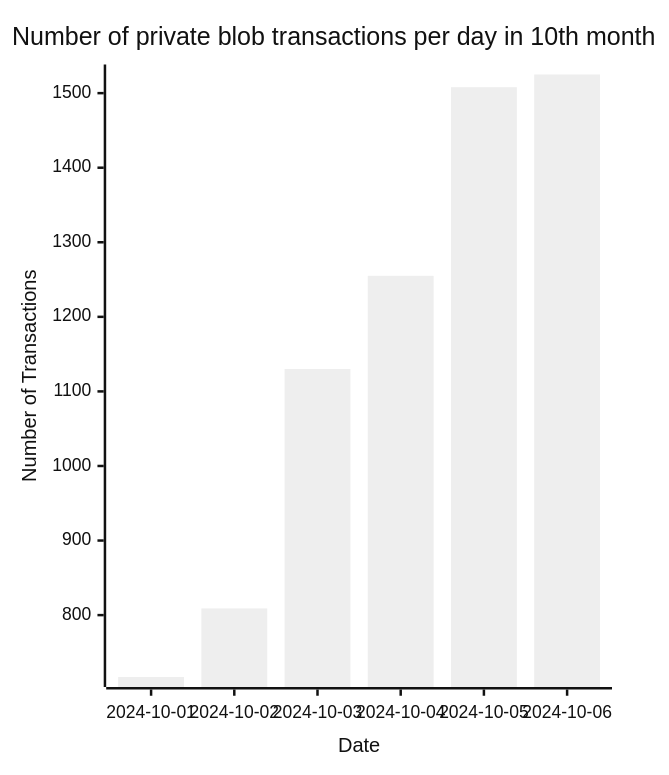
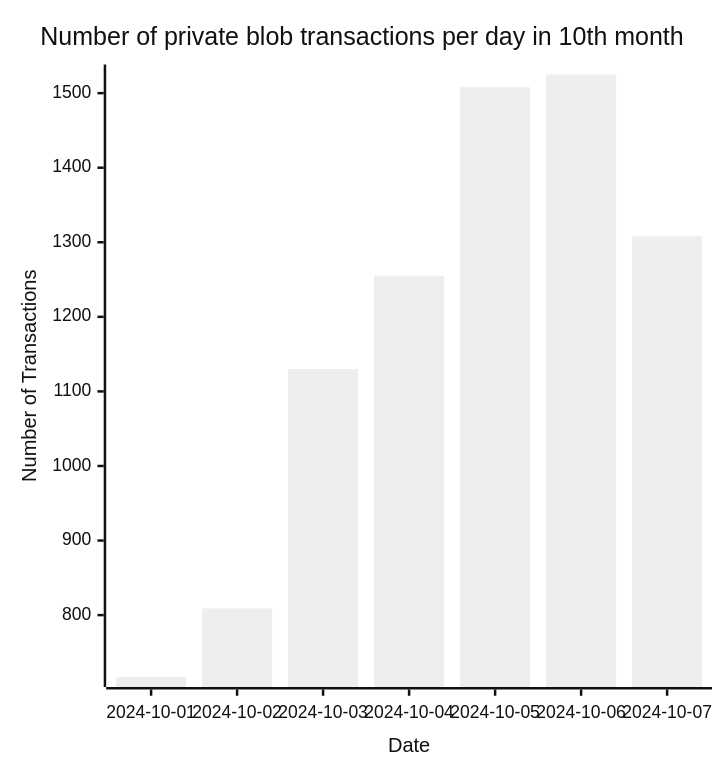
One commit to Amit0617/eip4844-data changed the eighth of 8 diagrams in README.md. Above: the diagram before and after it, drawn with Mermaid (neutral theme). The commit also changed 1 other file, not shown here.

````diff
--- a/README.md
+++ b/README.md
@@ -92,12 +92,12 @@
 ```mermaid
 ---
 config:
     xyChart:
-        width: 480
+        width: 560
         height: 600
 ---
 xychart-beta title "Number of private blob transactions per day in 10th month"
-x-axis "Date" [2024-10-01,2024-10-02,2024-10-03,2024-10-04,2024-10-05,2024-10-06]
+x-axis "Date" [2024-10-01,2024-10-02,2024-10-03,2024-10-04,2024-10-05,2024-10-06,2024-10-07]
 y-axis "Number of Transactions"
-bar[717,809,1130,1255,1508,1525]
+bar[717,809,1130,1255,1508,1525,1308]
 ```
````
